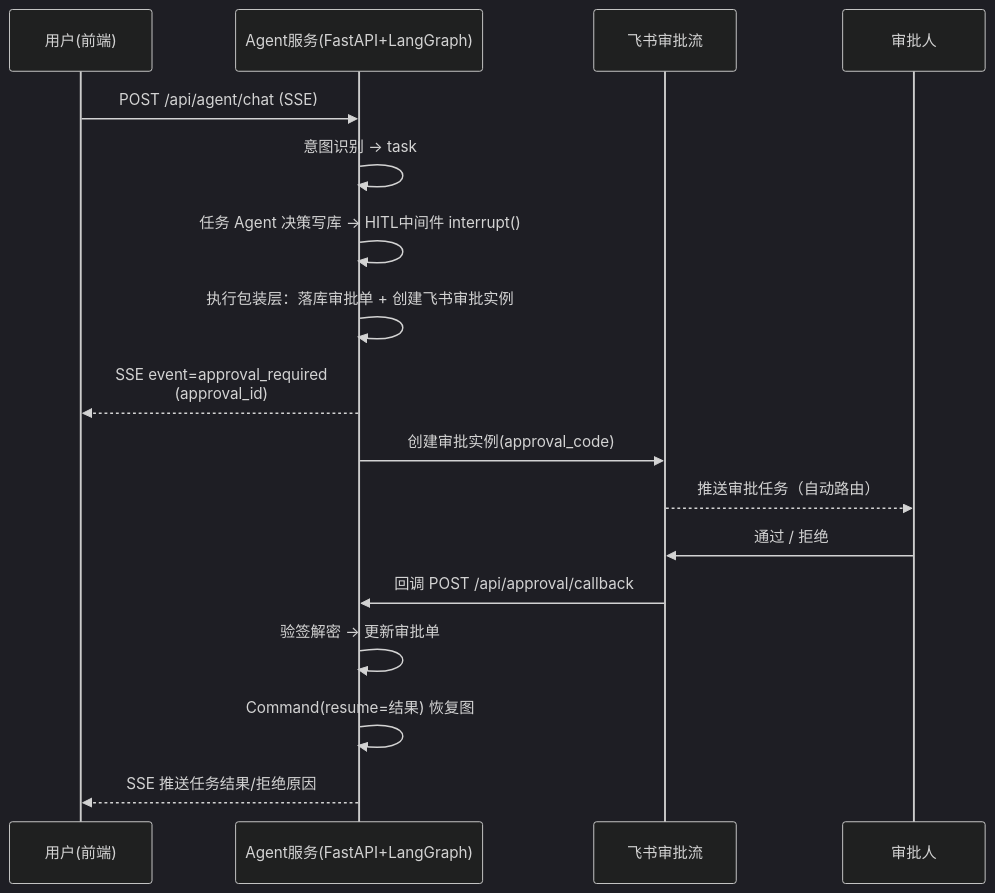
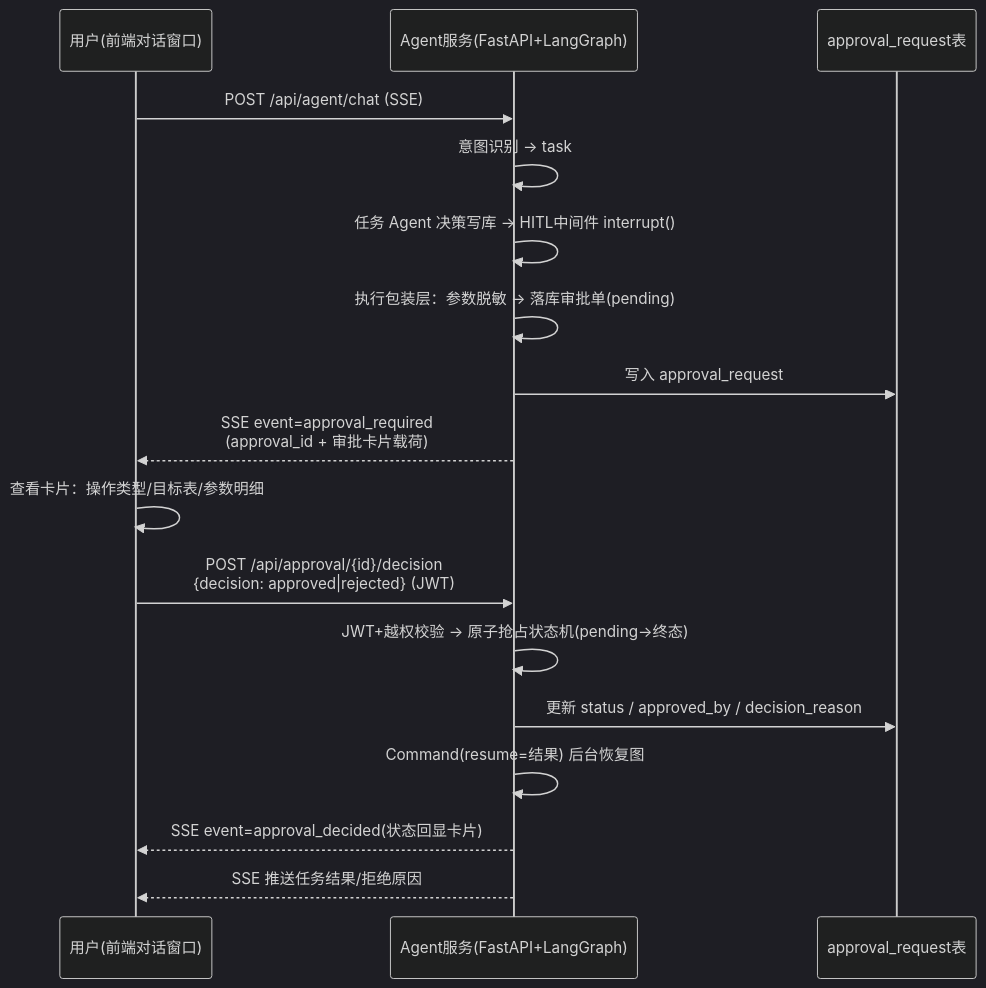
One commit to zzdcoder/lingxi-agent-new changed the fourth of 7 diagrams in docs/lingxi_agent_langgraph_redesign.md. Above: the diagram before and after it, drawn with Mermaid (dark theme). The commit also changed other lines of this file and 19 other files, not shown here.

````diff
--- a/docs/lingxi_agent_langgraph_redesign.md
+++ b/docs/lingxi_agent_langgraph_redesign.md
@@ -518,20 +556,20 @@
 ```mermaid
 sequenceDiagram
-    participant U as 用户(前端)
+    participant U as 用户(前端对话窗口)
     participant B as Agent服务(FastAPI+LangGraph)
-    participant F as 飞书审批流
-    participant A as 审批人
+    participant DB as approval_request表
 
     U->>B: POST /api/agent/chat (SSE)
     B->>B: 意图识别 → task
     B->>B: 任务 Agent 决策写库 → HITL中间件 interrupt()
-    B->>B: 执行包装层：落库审批单 + 创建飞书审批实例
-    B-->>U: SSE event=approval_required<br/>(approval_id)
-    B->>F: 创建审批实例(approval_code)
-    F-->>A: 推送审批任务（自动路由）
-    A->>F: 通过 / 拒绝
-    F->>B: 回调 POST /api/approval/callback
-    B->>B: 验签解密 → 更新审批单
-    B->>B: Command(resume=结果) 恢复图
+    B->>B: 执行包装层：参数脱敏 → 落库审批单(pending)
+    B->>DB: 写入 approval_request
+    B-->>U: SSE event=approval_required<br/>(approval_id + 审批卡片载荷)
+    U->>U: 查看卡片：操作类型/目标表/参数明细
+    U->>B: POST /api/approval/{id}/decision<br/>{decision: approved|rejected} (JWT)
+    B->>B: JWT+越权校验 → 原子抢占状态机(pending→终态)
+    B->>DB: 更新 status / approved_by / decision_reason
+    B->>B: Command(resume=结果) 后台恢复图
+    B-->>U: SSE event=approval_decided(状态回显卡片)
     B-->>U: SSE 推送任务结果/拒绝原因
 ```
````
